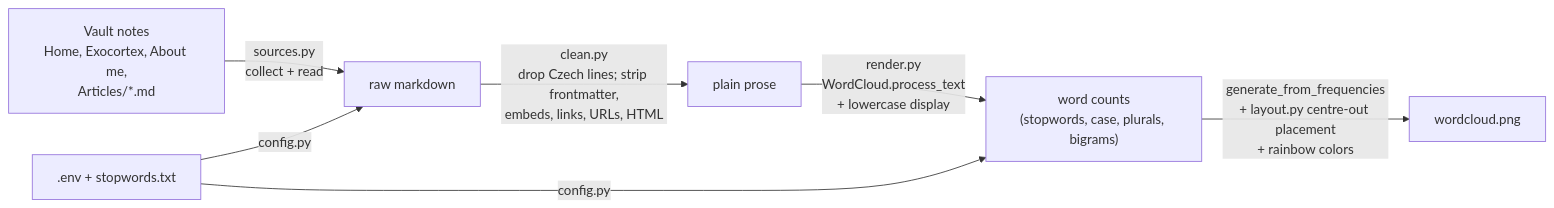
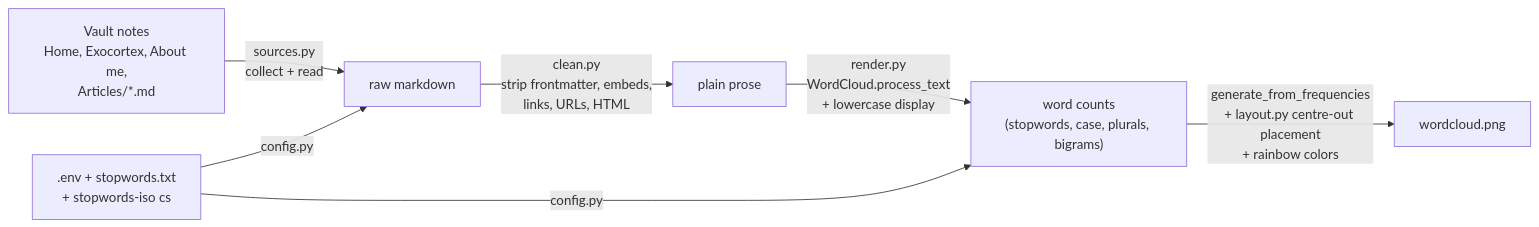
Before and after one commit to BurnyCoder/curated-wordcloud: the diagram in README.md, drawn with Mermaid. The commit also changed other lines of this file and 10 other files, not shown here.

````diff
--- a/README.md
+++ b/README.md
@@ -11,8 +11,8 @@
 ```mermaid
 flowchart LR
     A["Vault notes<br/>Home, Exocortex, About me,<br/>Articles/*.md"] -->|sources.py<br/>collect + read| B[raw markdown]
-    B -->|clean.py<br/>drop Czech lines; strip frontmatter,<br/>embeds, links, URLs, HTML| C[plain prose]
+    B -->|clean.py<br/>strip frontmatter, embeds,<br/>links, URLs, HTML| C[plain prose]
     C -->|render.py<br/>WordCloud.process_text<br/>+ lowercase display| D["word counts<br/>(stopwords, case, plurals, bigrams)"]
     D -->|generate_from_frequencies<br/>+ layout.py centre-out placement<br/>+ rainbow colors| E[wordcloud.png]
-    F[".env + stopwords.txt"] -->|config.py| B & D
+    F[".env + stopwords.txt<br/>+ stopwords-iso cs"] -->|config.py| B & D
 ```
````
